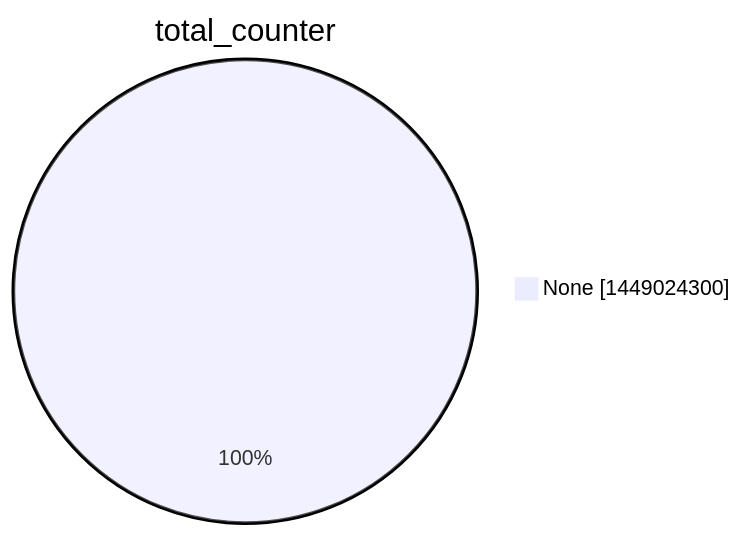
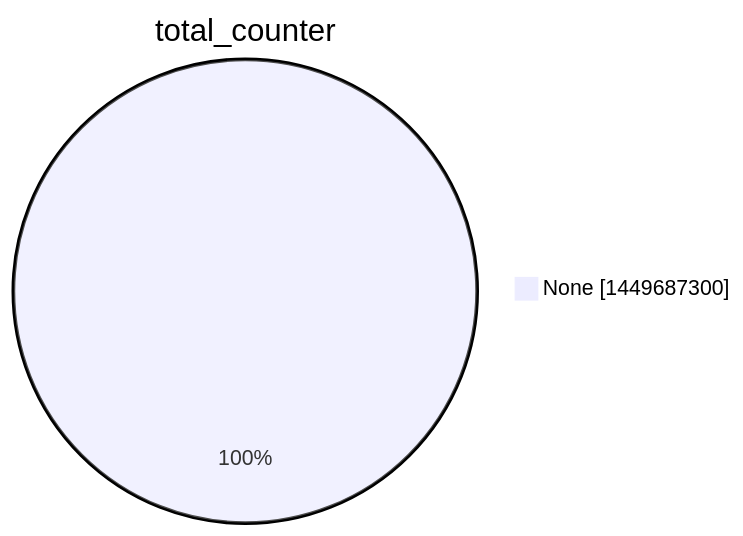
The second of 15 diagrams in argon2022/README.md (christiankrug/ctmonitor_visualization), drawn with Mermaid before and after one commit. The commit also changed other lines of this file, not shown here.

````diff
--- a/argon2022/README.md
+++ b/argon2022/README.md
@@ -9,5 +9,5 @@
 ```mermaid
 pie showData
 title total_counter
-"None" :1449024300
+"None" :1449687300
 ```
````
